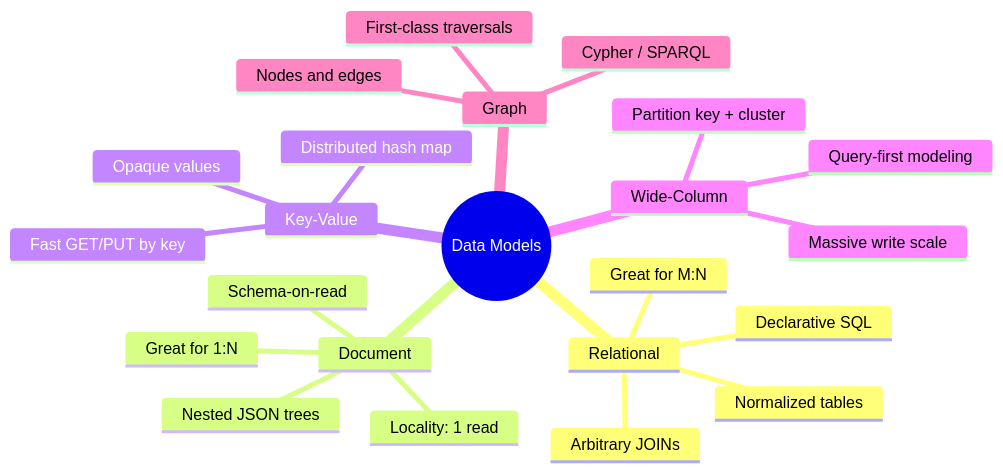
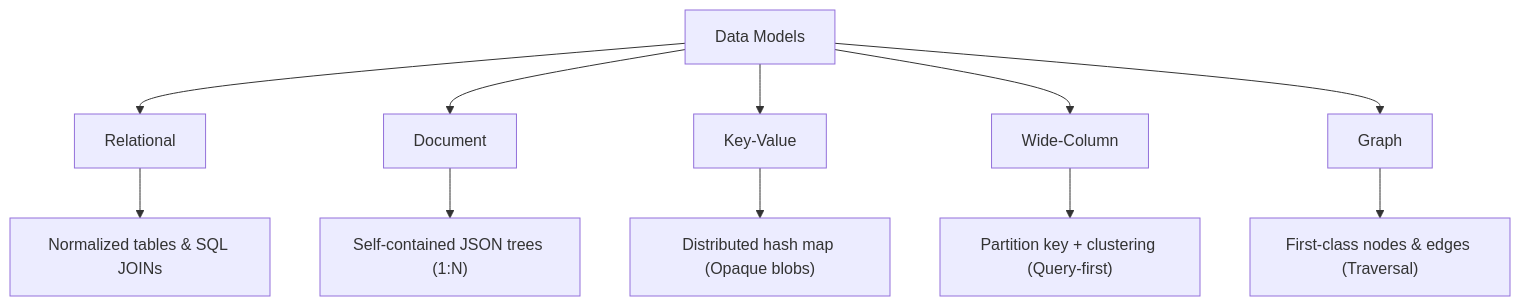
The third of 8 diagrams in content/blog/sql-vs-nosql-a-senior-engineers-guide.md (Shivanshu27/my-personal-website), drawn with Mermaid before and after one commit. The commit also changed other lines of this file and 4 other files, not shown here.

Commit message:
Fix Mermaid rendering, add single.html layout, and ensure latest posts sort by date

````diff
--- a/content/blog/sql-vs-nosql-a-senior-engineers-guide.md
+++ b/content/blog/sql-vs-nosql-a-senior-engineers-guide.md
@@ -70,26 +68,13 @@
 ```mermaid
-mindmap
-  root((Data Models))
-    Relational
-      Normalized tables
-      Arbitrary JOINs
-      Declarative SQL
-      Great for M:N
-    Document
-      Nested JSON trees
-      Locality: 1 read
-      Schema-on-read
-      Great for 1:N
-    Key-Value
-      Distributed hash map
-      Fast GET/PUT by key
-      Opaque values
-    Wide-Column
-      Partition key + cluster
-      Query-first modeling
-      Massive write scale
-    Graph
-      Nodes and edges
-      First-class traversals
-      Cypher / SPARQL
+flowchart TD
+  DM["Data Models"] --> Rel["Relational"]
+  DM --> Doc["Document"]
+  DM --> KV["Key-Value"]
+  DM --> WC["Wide-Column"]
+  DM --> Gr["Graph"]
+  Rel --> R1["Normalized tables & SQL JOINs"]
+  Doc --> D1["Self-contained JSON trees (1:N)"]
+  KV --> K1["Distributed hash map (Opaque blobs)"]
+  WC --> W1["Partition key + clustering (Query-first)"]
+  Gr --> G1["First-class nodes & edges (Traversal)"]
 ```
````
